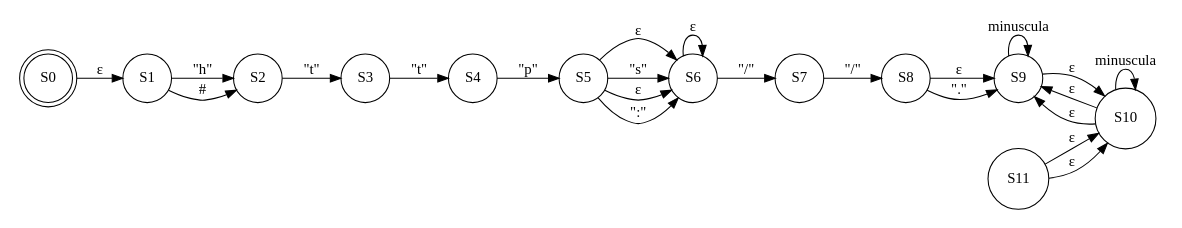
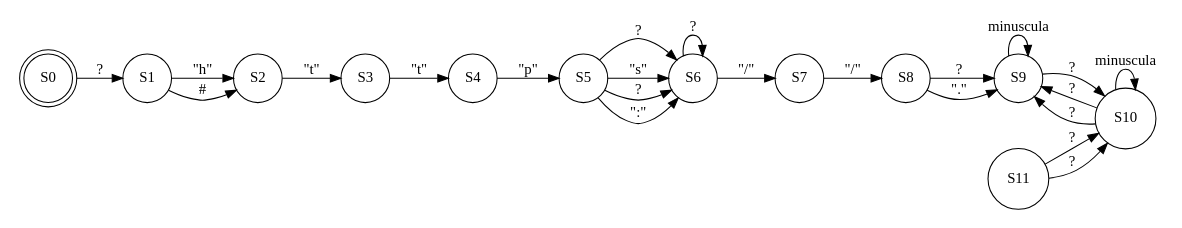
One commit to findlesscopy/Proyecto1_OLC1_1S2023 changed the diagram in src/Pruebas/AFND__26.dot. Above: the diagram before and after it, drawn with Graphviz. The commit also changed 89 other files, not shown here.

```diff
--- a/src/Pruebas/AFND__26.dot
+++ b/src/Pruebas/AFND__26.dot
@@ -1,28 +1,28 @@
 digraph AFND {
 	rankdir=LR;
 	size="8,5";
 	node [shape = doublecircle]; S0;
 	node [shape = circle];
-	S0 -> S1 [label = "ε"];
+	S0 -> S1 [label = "?"];
 	S1 -> S2 [label = "\"h\""];
 	S2 -> S3 [label = "\"t\""];
 	S3 -> S4 [label = "\"t\""];
 	S4 -> S5 [label = "\"p\""];
-	S5 -> S6 [label = "ε"];
+	S5 -> S6 [label = "?"];
 	S5 -> S6 [label = "\"s\""];
-	S6 -> S6 [label = "ε"];
-	S5 -> S6 [label = "ε"];
+	S6 -> S6 [label = "?"];
+	S5 -> S6 [label = "?"];
 	S5 -> S6 [label = "\":\""];
 	S6 -> S7 [label = "\"/\""];
 	S7 -> S8 [label = "\"/\""];
-	S8 -> S9 [label = "ε"];
+	S8 -> S9 [label = "?"];
 	S9 -> S9 [label = "minuscula"];
-	S10 -> S9 [label = "ε"];
-	S10 -> S9 [label = "ε"];
+	S10 -> S9 [label = "?"];
+	S10 -> S9 [label = "?"];
 	S8 -> S9 [label = "\".\""];
-	S9 -> S10 [label = "ε"];
+	S9 -> S10 [label = "?"];
 	S10 -> S10 [label = "minuscula"];
-	S11 -> S10 [label = "ε"];
-	S11 -> S10 [label = "ε"];
+	S11 -> S10 [label = "?"];
+	S11 -> S10 [label = "?"];
 	S1 -> S2 [label = "#"];
 }
```
